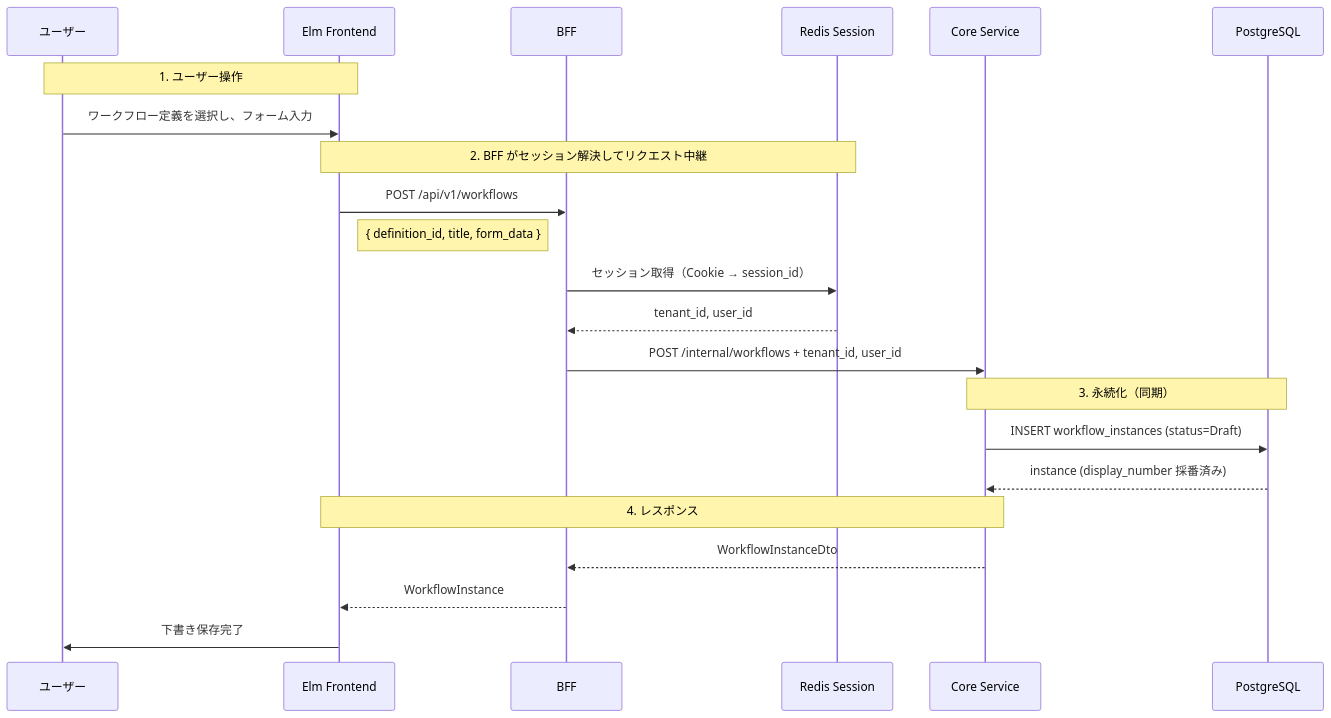
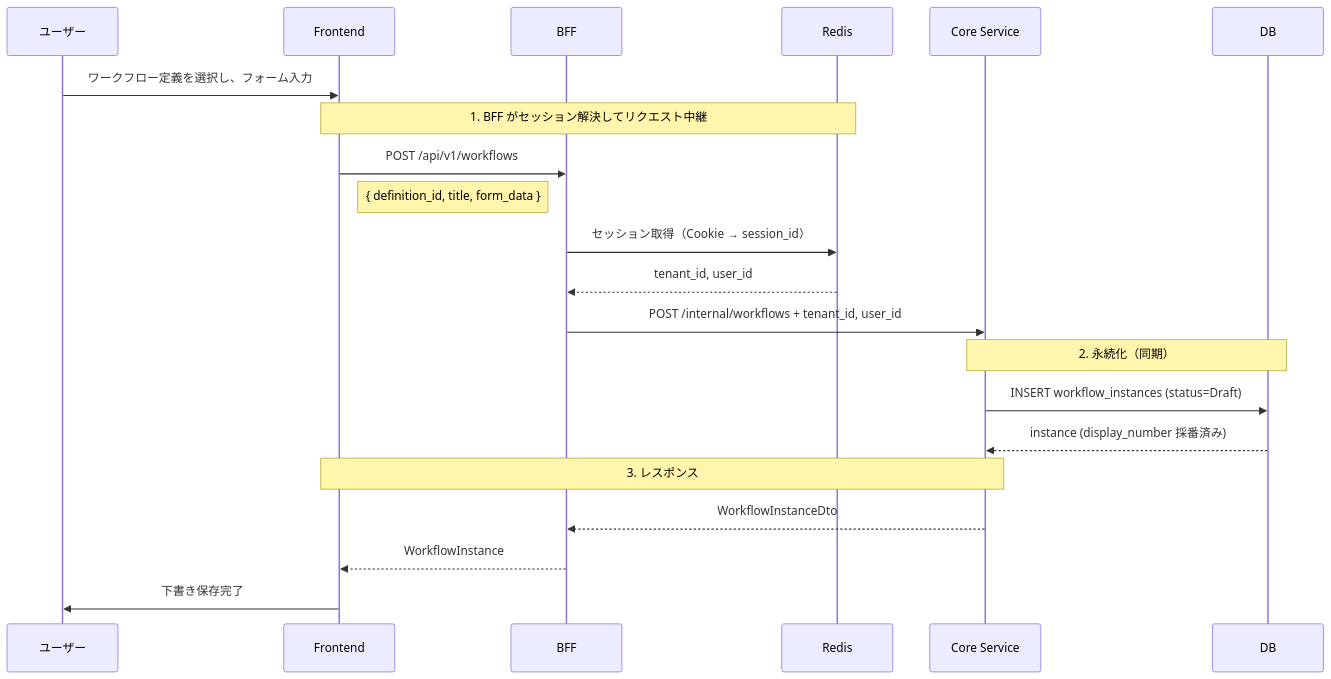
One commit to ka2kama/ringiflow changed the first of 3 diagrams in docs/90_実装解説/ワークフロー/01_申請フロー.md. Above: the diagram before and after it, drawn with Mermaid. The commit also changed other lines of this file and 2 other files, not shown here.

````diff
--- a/docs/90_実装解説/ワークフロー/01_申請フロー.md
+++ b/docs/90_実装解説/ワークフロー/01_申請フロー.md
@@ -14,28 +14,27 @@
 ```mermaid
 sequenceDiagram
     participant U as ユーザー
-    participant Elm as Elm Frontend
+    participant FE as Frontend
     participant BFF as BFF
-    participant Redis as Redis Session
+    participant Redis as Redis
     participant Core as Core Service
-    participant DB as PostgreSQL
+    participant DB as DB
 
-    Note over U, Elm: 1. ユーザー操作
-    U->>Elm: ワークフロー定義を選択し、フォーム入力
+    U->>FE: ワークフロー定義を選択し、フォーム入力
 
-    Note over Elm, Redis: 2. BFF がセッション解決してリクエスト中継
-    Elm->>BFF: POST /api/v1/workflows
-    Note right of Elm: { definition_id, title, form_data }
+    Note over FE, Redis: 1. BFF がセッション解決してリクエスト中継
+    FE->>BFF: POST /api/v1/workflows
+    Note right of FE: { definition_id, title, form_data }
     BFF->>Redis: セッション取得（Cookie → session_id）
     Redis-->>BFF: tenant_id, user_id
     BFF->>Core: POST /internal/workflows + tenant_id, user_id
 
-    Note over Core, DB: 3. 永続化（同期）
+    Note over Core, DB: 2. 永続化（同期）
     Core->>DB: INSERT workflow_instances (status=Draft)
     DB-->>Core: instance (display_number 採番済み)
 
-    Note over Core, Elm: 4. レスポンス
+    Note over Core, FE: 3. レスポンス
     Core-->>BFF: WorkflowInstanceDto
-    BFF-->>Elm: WorkflowInstance
-    Elm->>U: 下書き保存完了
+    BFF-->>FE: WorkflowInstance
+    FE->>U: 下書き保存完了
 ```
````
